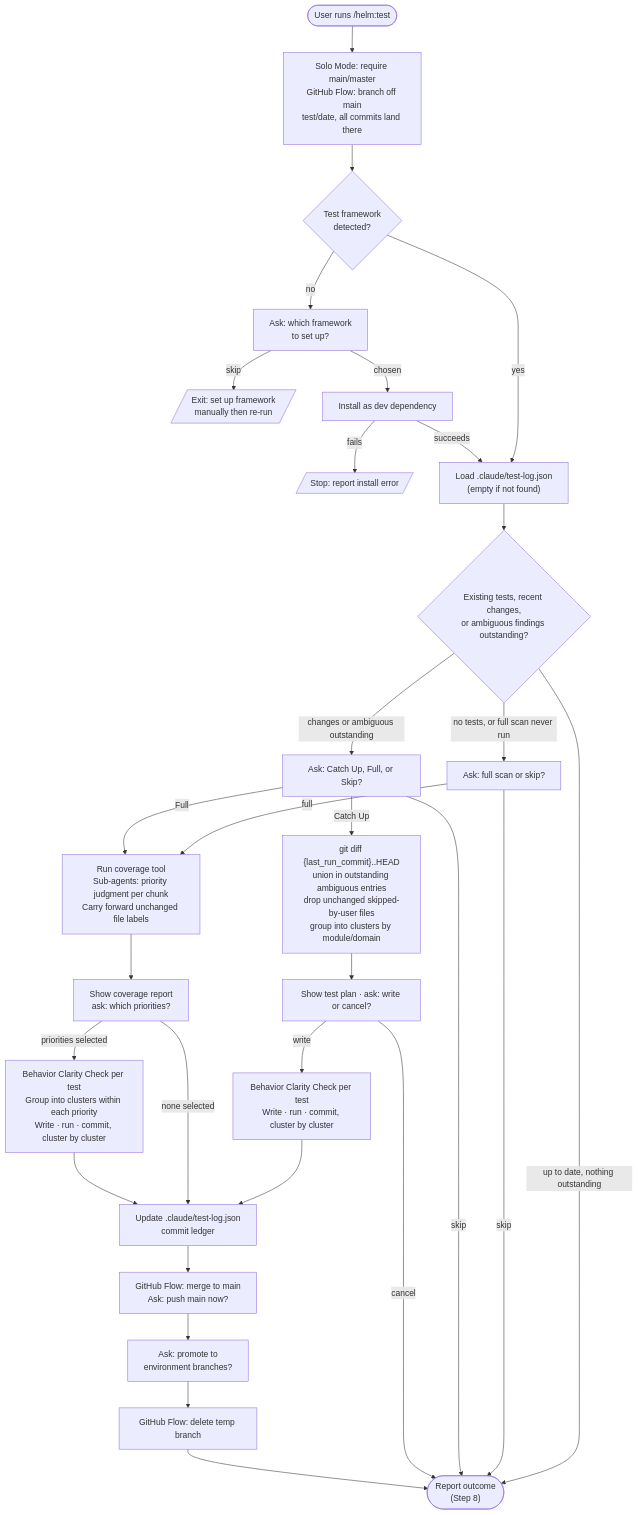
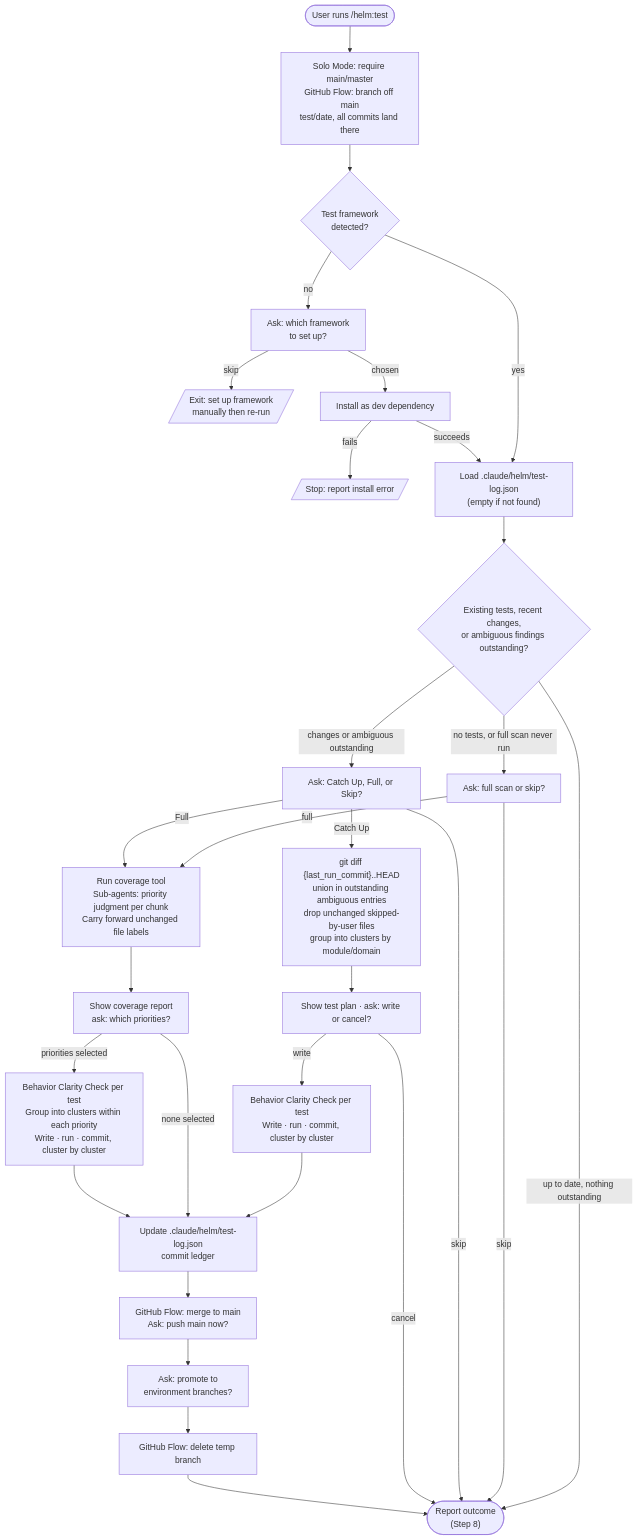
Before and after one commit to myowinthein/agent-helm: the diagram in docs/commands/test.md, drawn with Mermaid. The commit also changed other lines of this file and 8 other files, not shown here.

First line of the commit message:
feat(project): wire .claude/helm/ ledger convention into commands, add migration

````diff
--- a/docs/commands/test.md
+++ b/docs/commands/test.md
@@ -13,39 +13,39 @@
 ```mermaid
 flowchart TD
   Start([User runs /helm:test]) --> Branch[Solo Mode: require main/master<br/>GitHub Flow: branch off main<br/>test/date, all commits land there]
   Branch --> Framework{Test framework<br/>detected?}
   Framework -->|no| AskFW[Ask: which framework<br/>to set up?]
   AskFW -->|skip| FWStop[/Exit: set up framework<br/>manually then re-run/]
   AskFW -->|chosen| FWSetup[Install as dev dependency]
   FWSetup -->|fails| FWFail[/Stop: report install error/]
   Framework -->|yes| Ledger
   FWSetup -->|succeeds| Ledger
 
-  Ledger["Load .claude/test-log.json<br/>(empty if not found)"] --> Assess
+  Ledger["Load .claude/helm/test-log.json<br/>(empty if not found)"] --> Assess
 
   Assess{Existing tests, recent changes,<br/>or ambiguous findings outstanding?}
   Assess -->|no tests, or full scan never run| FullOrSkip["Ask: full scan or skip?"]
   Assess -->|up to date, nothing outstanding| Report(["Report outcome<br/>(Step 8)"])
   Assess -->|changes or ambiguous outstanding| Choice["Ask: Catch Up, Full, or Skip?"]
 
   FullOrSkip -->|skip| Report
   FullOrSkip -->|full| FullScan
   Choice -->|skip| Report
   Choice -->|Catch Up| CatchUp
   Choice -->|Full| FullScan
 
   CatchUp["git diff {last_run_commit}..HEAD<br/>union in outstanding ambiguous entries<br/>drop unchanged skipped-by-user files<br/>group into clusters by module/domain"] --> CatchPlan["Show test plan · ask: write or cancel?"]
   CatchPlan -->|cancel| Report
   CatchPlan -->|write| CWrite["Behavior Clarity Check per test<br/>Write · run · commit, cluster by cluster"]
   CWrite --> UpdateLedger
 
   FullScan["Run coverage tool<br/>Sub-agents: priority judgment per chunk<br/>Carry forward unchanged file labels"] --> FullPlan["Show coverage report<br/>ask: which priorities?"]
   FullPlan -->|none selected| UpdateLedger
   FullPlan -->|priorities selected| FWrite["Behavior Clarity Check per test<br/>Group into clusters within each priority<br/>Write · run · commit, cluster by cluster"]
   FWrite --> UpdateLedger
 
-  UpdateLedger["Update .claude/test-log.json<br/>commit ledger"] --> Merge[GitHub Flow: merge to main<br/>Ask: push main now?]
+  UpdateLedger["Update .claude/helm/test-log.json<br/>commit ledger"] --> Merge[GitHub Flow: merge to main<br/>Ask: push main now?]
   Merge --> Promote[Ask: promote to<br/>environment branches?]
   Promote --> Cleanup[GitHub Flow: delete temp branch]
   Cleanup --> Report
 ```
````
